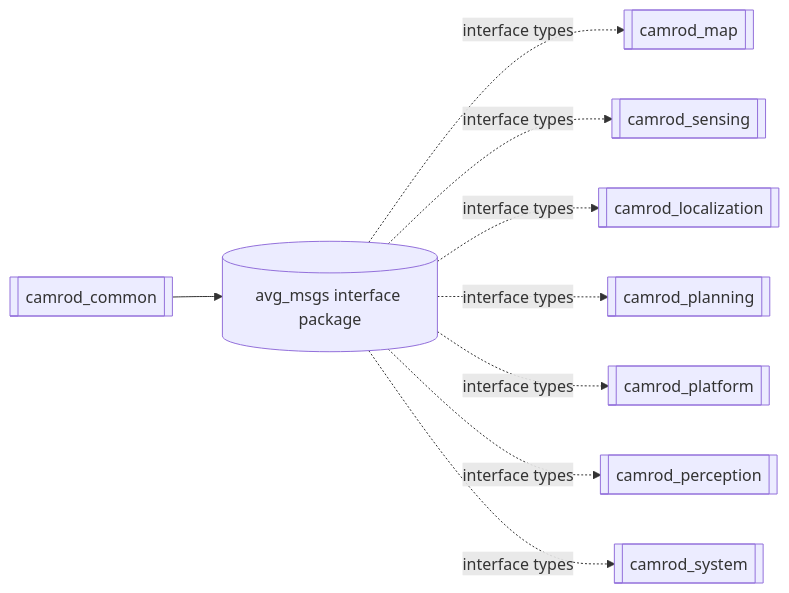
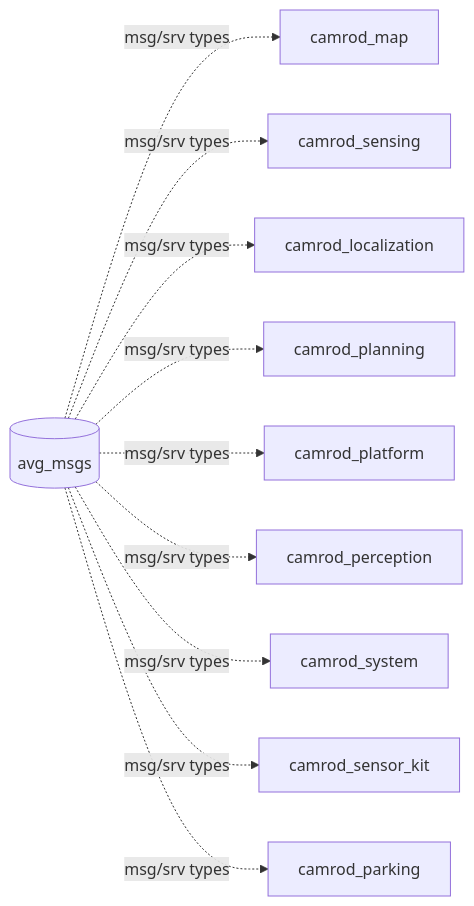
The diagram in camrod_common/README.md (hwanhonglee/CAMROD), drawn with Mermaid before and after one commit. The commit also changed other lines of this file and 15 other files, not shown here.

````diff
--- a/camrod_common/README.md
+++ b/camrod_common/README.md
@@ -8,11 +7,12 @@
 ```mermaid
 graph LR
-  COMMON[[camrod_common]] --> AVG[(avg_msgs interface package)]
-  AVG -. interface types .-> MAP[[camrod_map]]
-  AVG -. interface types .-> SENSING[[camrod_sensing]]
-  AVG -. interface types .-> LOC[[camrod_localization]]
-  AVG -. interface types .-> PLAN[[camrod_planning]]
-  AVG -. interface types .-> PLATFORM[[camrod_platform]]
-  AVG -. interface types .-> PERCEPTION[[camrod_perception]]
-  AVG -. interface types .-> SYSTEM[[camrod_system]]
+  AVG[(avg_msgs)] -. msg/srv types .-> MAP[camrod_map]
+  AVG -. msg/srv types .-> SENS[camrod_sensing]
+  AVG -. msg/srv types .-> LOC[camrod_localization]
+  AVG -. msg/srv types .-> PLAN[camrod_planning]
+  AVG -. msg/srv types .-> PLAT[camrod_platform]
+  AVG -. msg/srv types .-> PER[camrod_perception]
+  AVG -. msg/srv types .-> SYS[camrod_system]
+  AVG -. msg/srv types .-> SKIT[camrod_sensor_kit]
+  AVG -. msg/srv types .-> PARK[camrod_parking]
 ```
````
